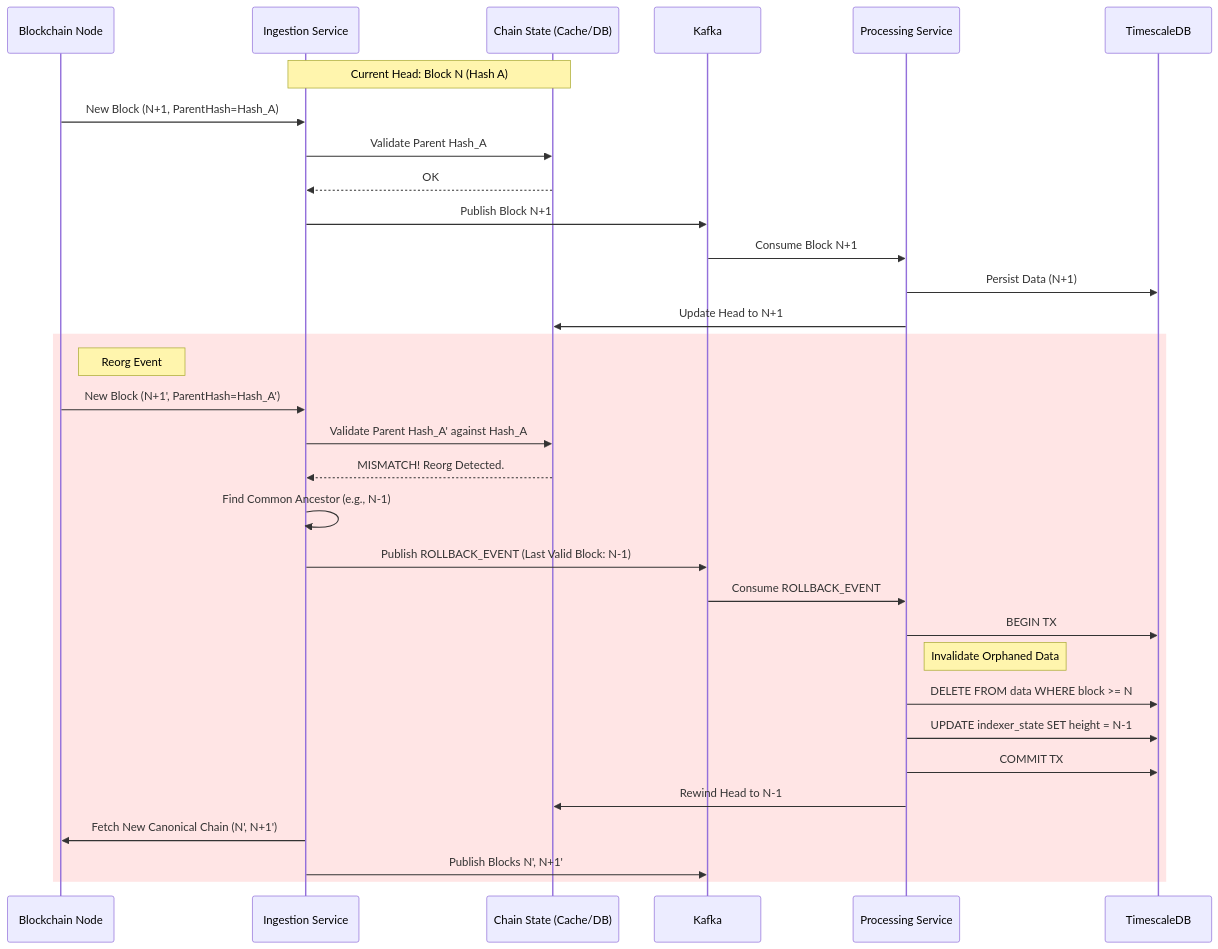
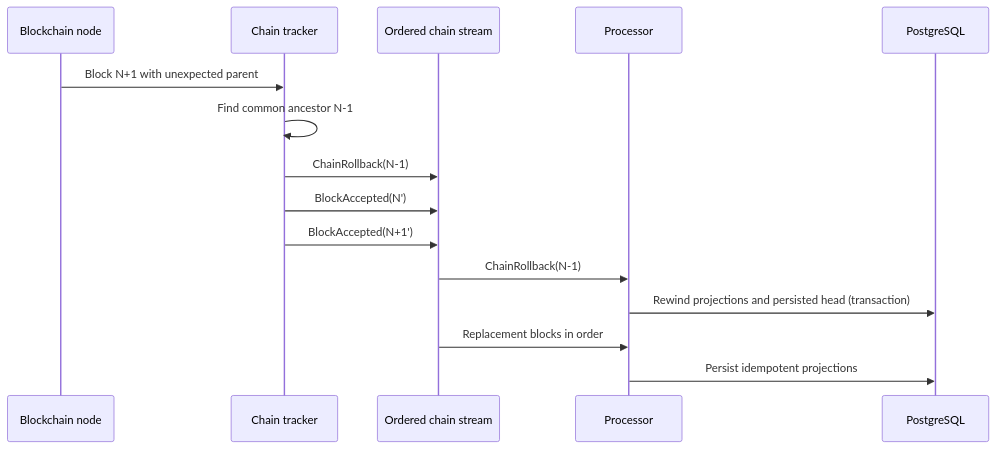
Before and after one commit to Slymaster/blockchain-indexer-architecture-case-study: the second of 2 diagrams in README.md, drawn with Mermaid. The commit also changed other lines of this file, not shown here.

Commit message:
Reframe repository as architecture case study (#1)

````diff
--- a/README.md
+++ b/README.md
@@ -94,40 +80,18 @@
 ```mermaid
 sequenceDiagram
-    participant Node as Blockchain Node
-    participant Ingest as Ingestion Service
-    participant Validator as Chain State (Cache/DB)
-    participant Kafka
-    participant Proc as Processing Service
-    participant DB as TimescaleDB
+    participant Node as Blockchain node
+    participant Ingest as Chain tracker
+    participant Kafka as Ordered chain stream
+    participant Proc as Processor
+    participant DB as PostgreSQL
 
-    Note over Ingest, Validator: Current Head: Block N (Hash A)
-    Node->>Ingest: New Block (N+1, ParentHash=Hash_A)
-    Ingest->>Validator: Validate Parent Hash_A
-    Validator-->>Ingest: OK
-
-    Ingest->>Kafka: Publish Block N+1
-    Kafka->>Proc: Consume Block N+1
-    Proc->>DB: Persist Data (N+1)
-    Proc->>Validator: Update Head to N+1
-
-    rect rgba(255, 0, 0, 0.1)
-    Note right of Node: Reorg Event
-    Node->>Ingest: New Block (N+1', ParentHash=Hash_A')
-    Ingest->>Validator: Validate Parent Hash_A' against Hash_A
-    Validator-->>Ingest: MISMATCH! Reorg Detected.
-
-    Ingest->>Ingest: Find Common Ancestor (e.g., N-1)
-    Ingest->>Kafka: Publish ROLLBACK_EVENT (Last Valid Block: N-1)
-
-    Kafka->>Proc: Consume ROLLBACK_EVENT
-    Proc->>DB: BEGIN TX
-    Note right of Proc: Invalidate Orphaned Data
-    Proc->>DB: DELETE FROM data WHERE block >= N
-    Proc->>DB: UPDATE indexer_state SET height = N-1
-    Proc->>DB: COMMIT TX
-    Proc->>Validator: Rewind Head to N-1
-
-    Ingest->>Node: Fetch New Canonical Chain (N', N+1')
-    Ingest->>Kafka: Publish Blocks N', N+1'
-    end
+    Node->>Ingest: Block N+1 with unexpected parent
+    Ingest->>Ingest: Find common ancestor N-1
+    Ingest->>Kafka: ChainRollback(N-1)
+    Ingest->>Kafka: BlockAccepted(N')
+    Ingest->>Kafka: BlockAccepted(N+1')
+    Kafka->>Proc: ChainRollback(N-1)
+    Proc->>DB: Rewind projections and persisted head (transaction)
+    Kafka->>Proc: Replacement blocks in order
+    Proc->>DB: Persist idempotent projections
 ```
````
